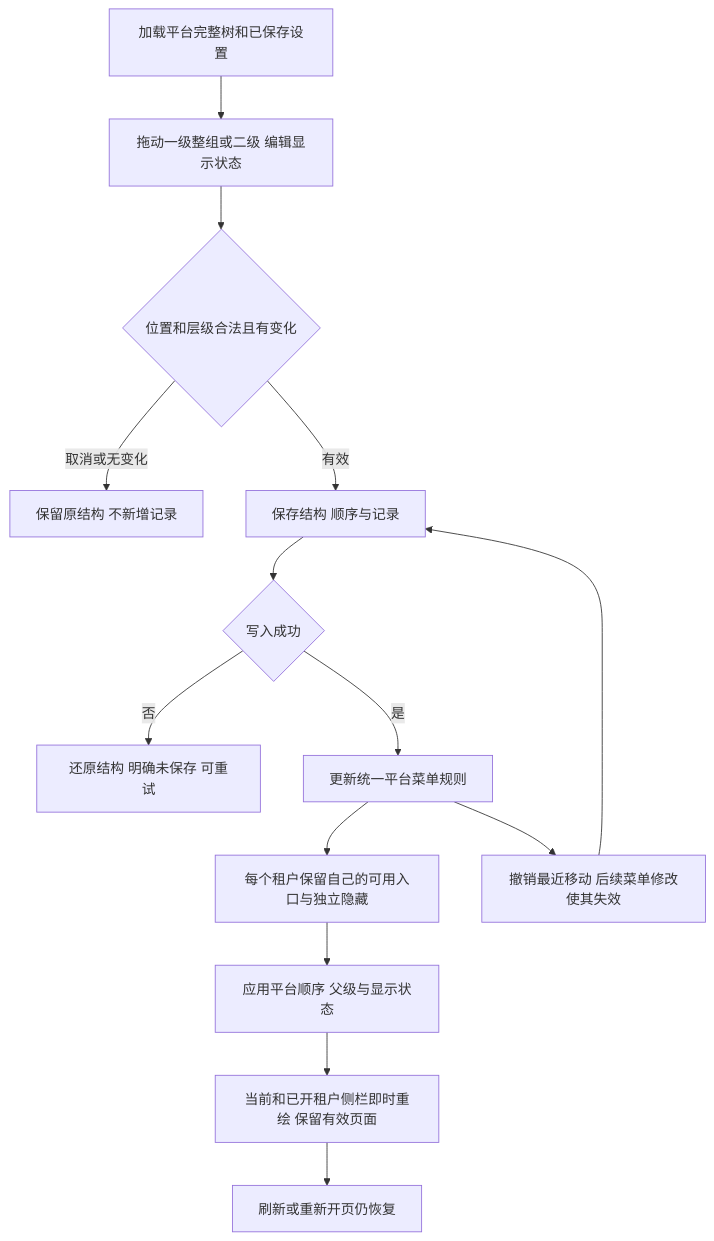
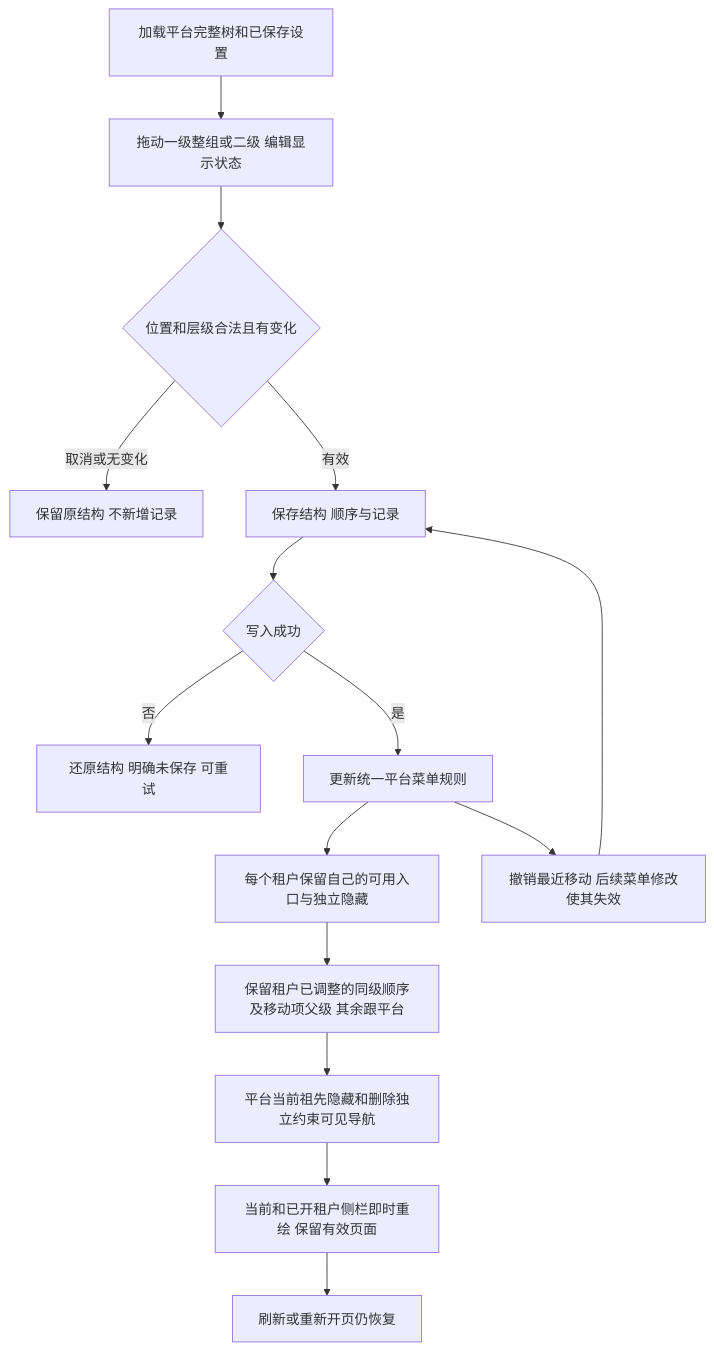
One commit to xfang9528-glitch/suiyin-admin changed the diagram in flowcharts/platform-menu-drag.md. Above: the diagram before and after it, drawn with Mermaid. The commit also changed other lines of this file and 46 other files, not shown here.

```diff
--- a/flowcharts/platform-menu-drag.md
+++ b/flowcharts/platform-menu-drag.md
@@ -5,16 +5,17 @@
 ~~~mermaid
 flowchart TD
     Load[加载平台完整树和已保存设置] --> Action[拖动一级整组或二级 编辑显示状态]
     Action --> Target{位置和层级合法且有变化}
     Target -->|取消或无变化| Keep[保留原结构 不新增记录]
     Target -->|有效| Save[保存结构 顺序与记录]
     Save --> Result{写入成功}
     Result -->|否| Rollback[还原结构 明确未保存 可重试]
     Result -->|是| Shared[更新统一平台菜单规则]
     Shared --> Tenant[每个租户保留自己的可用入口与独立隐藏]
-    Tenant --> Nav[应用平台顺序 父级与显示状态]
+    Tenant --> Local[保留租户已调整的同级顺序及移动项父级 其余跟平台]
+    Local --> Nav[平台当前祖先隐藏和删除独立约束可见导航]
     Nav --> Refresh[当前和已开租户侧栏即时重绘 保留有效页面]
     Refresh --> Reload[刷新或重新开页仍恢复]
     Shared --> Undo[撤销最近移动 后续菜单修改使其失效]
     Undo --> Save
 ~~~
```
